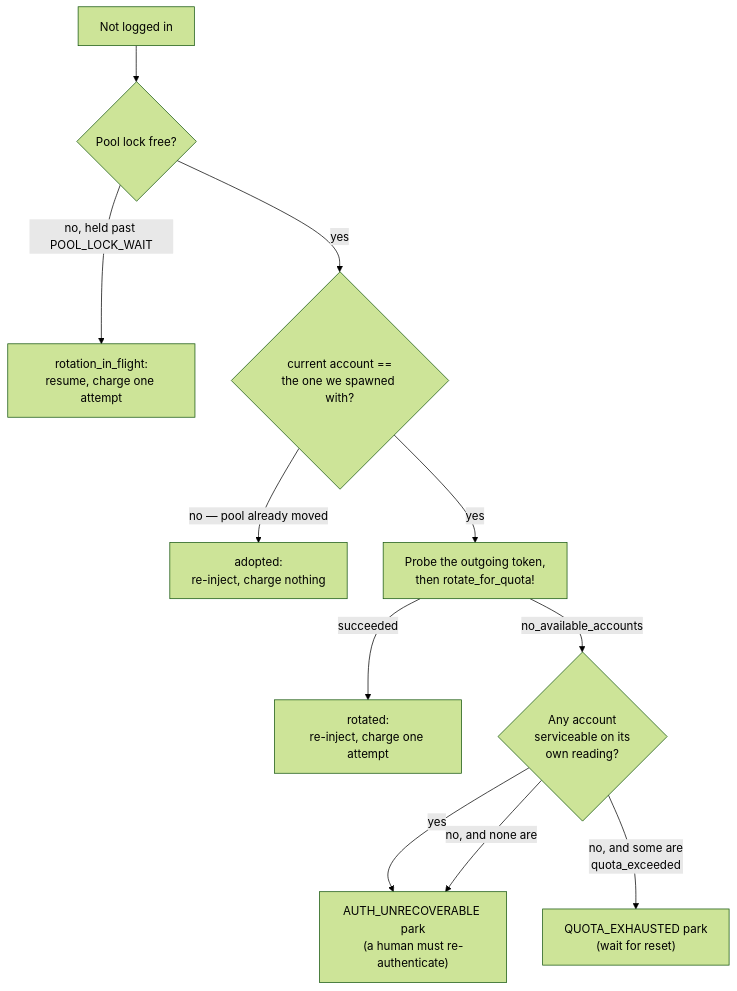
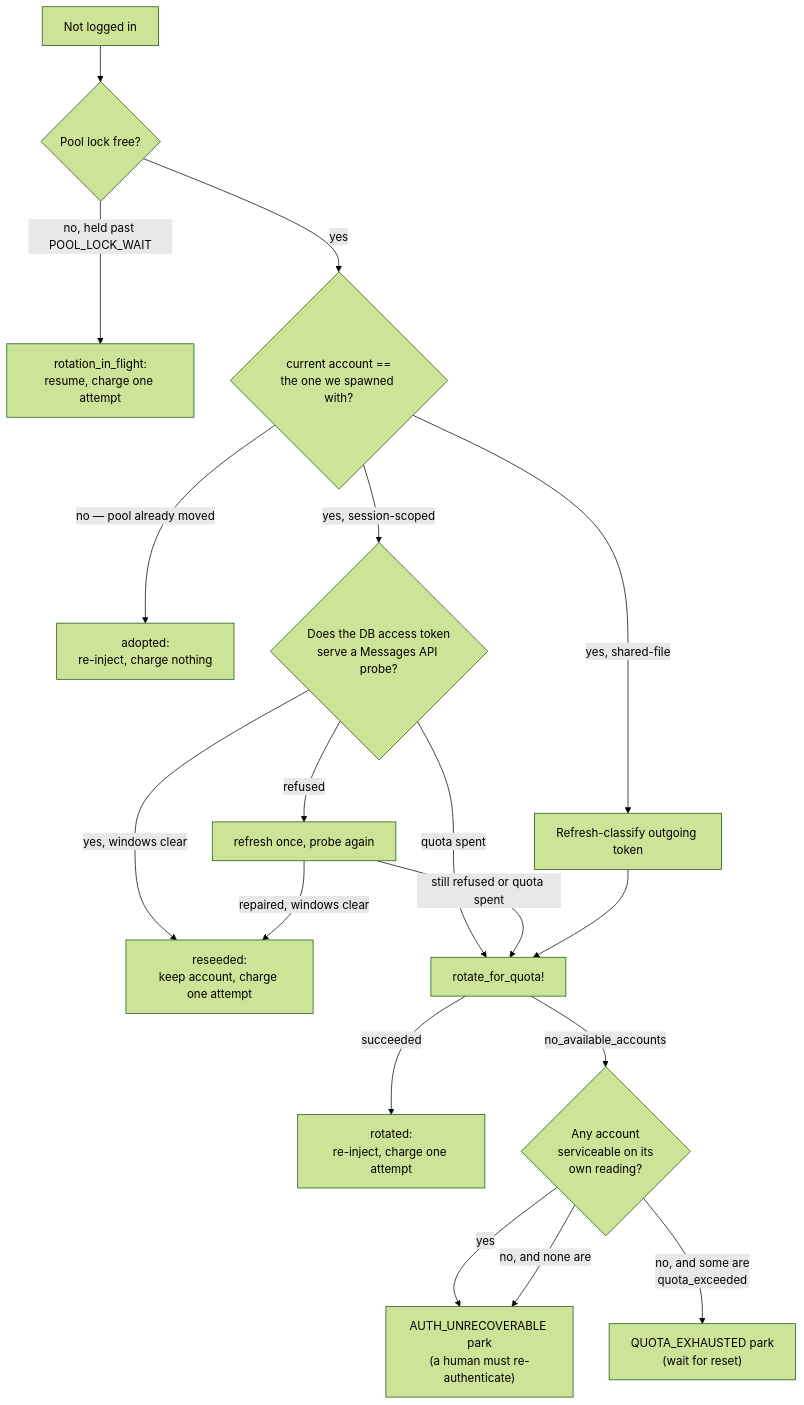
The fourth of 5 diagrams in docs/src/content/docs/auth/harness.md (tadasant/zimmer), drawn with Mermaid (forest theme) before and after one commit. The commit also changed other lines of this file and 4 other files, not shown here.

````diff
--- a/docs/src/content/docs/auth/harness.md
+++ b/docs/src/content/docs/auth/harness.md
@@ -946,13 +946,20 @@
 ```mermaid
 flowchart TD
     A["Not logged in"] --> L{"Pool lock free?"}
     L -- "no, held past POOL_LOCK_WAIT" --> F["rotation_in_flight:<br/>resume, charge one attempt"]
     L -- yes --> B{"current account ==<br/>the one we spawned with?"}
     B -- "no — pool already moved" --> C["adopted:<br/>re-inject, charge nothing"]
-    B -- yes --> D["Probe the outgoing token,<br/>then rotate_for_quota!"]
+    B -- "yes, session-scoped" --> P{"Does the DB access token<br/>serve a Messages API probe?"}
+    P -- "yes, windows clear" --> R["reseeded:<br/>keep account, charge one attempt"]
+    P -- "refused" --> T["refresh once, probe again"]
+    T -- "repaired, windows clear" --> R
+    P -- "quota spent" --> D
+    T -- "still refused or quota spent" --> D["rotate_for_quota!"]
+    B -- "yes, shared-file" --> S["Refresh-classify outgoing token"]
+    S --> D
     D -- succeeded --> E["rotated:<br/>re-inject, charge one attempt"]
     D -- "no_available_accounts" --> G{"Any account<br/>serviceable on its<br/>own reading?"}
     G -- yes --> I["AUTH_UNRECOVERABLE park<br/>(a human must re-authenticate)"]
     G -- "no, and some are<br/>quota_exceeded" --> H["QUOTA_EXHAUSTED park<br/>(wait for reset)"]
     G -- "no, and none are" --> I
 ```
````
